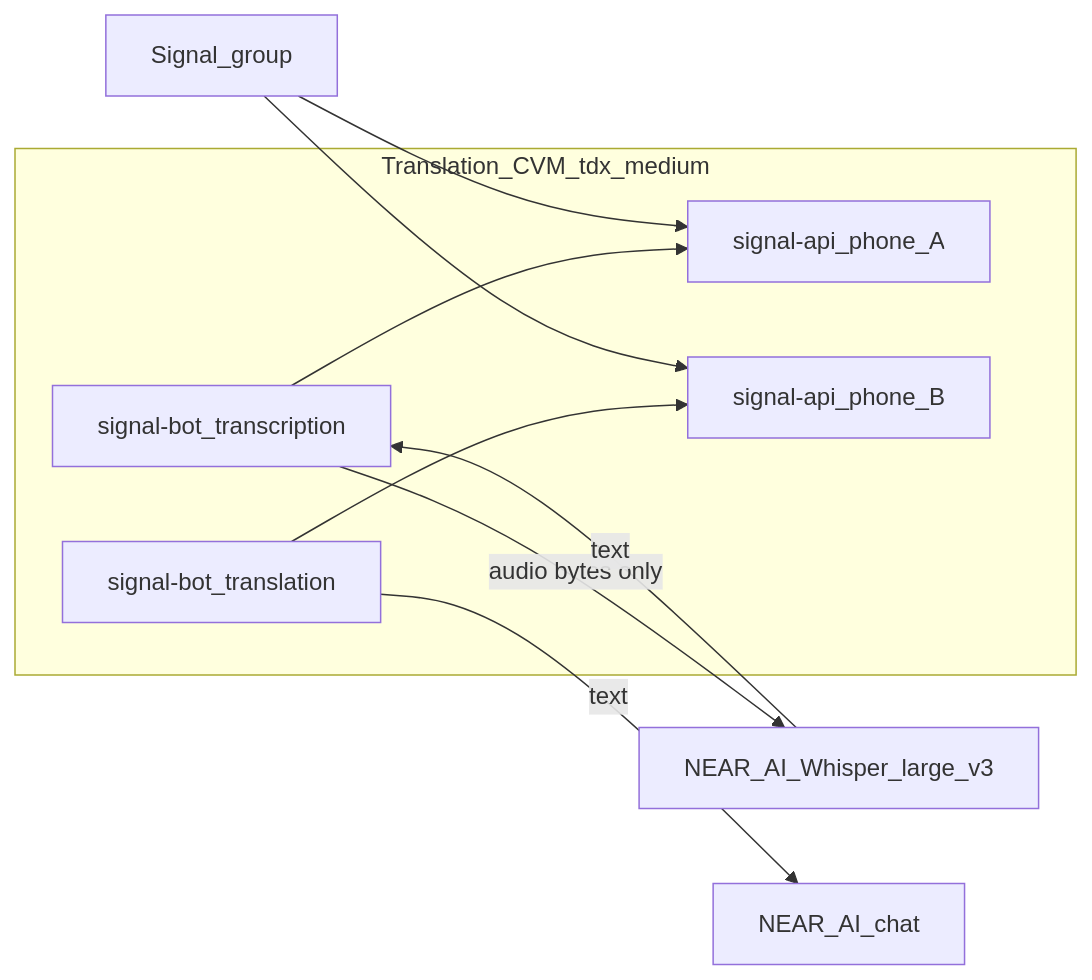
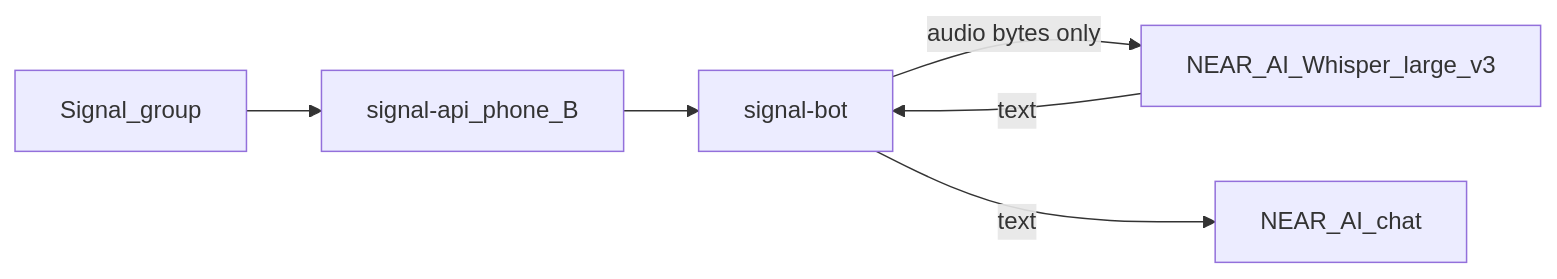
Before and after one commit to BreadchainCoop/sigstack-bot: the diagram in docs/two-cvm-architecture.md, drawn with Mermaid. The commit also changed other lines of this file and 40 other files, not shown here.

Commit message:
feat: collapse to one signal number with in-process transcript fan-out

````diff
--- a/docs/two-cvm-architecture.md
+++ b/docs/two-cvm-architecture.md
@@ -24,16 +19,8 @@
 ```mermaid
 flowchart LR
-  subgraph oneCvm [Translation_CVM_tdx_medium]
-    sigA[signal-api_phone_A]
-    sigB[signal-api_phone_B]
-    txBot[signal-bot_transcription]
-    trBot[signal-bot_translation]
-    txBot --> sigA
-    trBot --> sigB
-  end
-  Users[Signal_group] --> sigA
-  Users --> sigB
-  txBot -->|"audio bytes only"| NearWhisper[NEAR_AI_Whisper_large_v3]
-  NearWhisper -->|text| txBot
-  trBot -->|"text"| NearChat[NEAR_AI_chat]
+  Users[Signal_group] --> sigApi[signal-api_phone_B]
+  sigApi --> bot[signal-bot]
+  bot -->|"audio bytes only"| NearWhisper[NEAR_AI_Whisper_large_v3]
+  NearWhisper -->|text| bot
+  bot -->|"text"| NearChat[NEAR_AI_chat]
 ```
````
